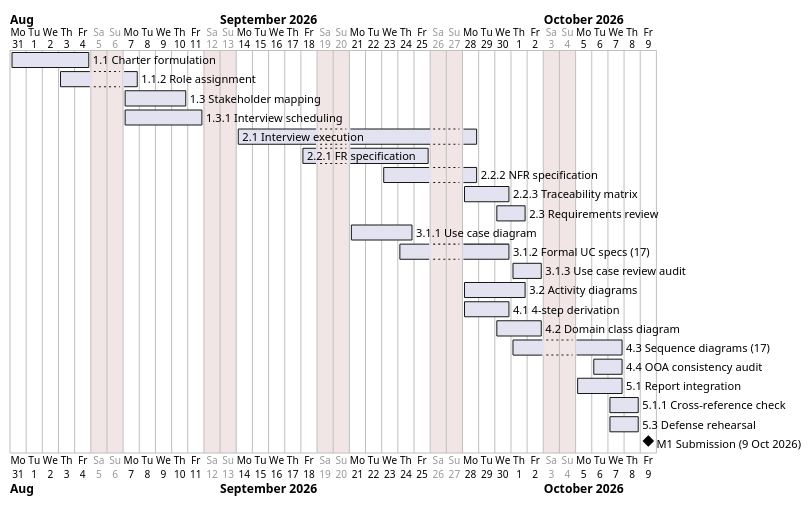
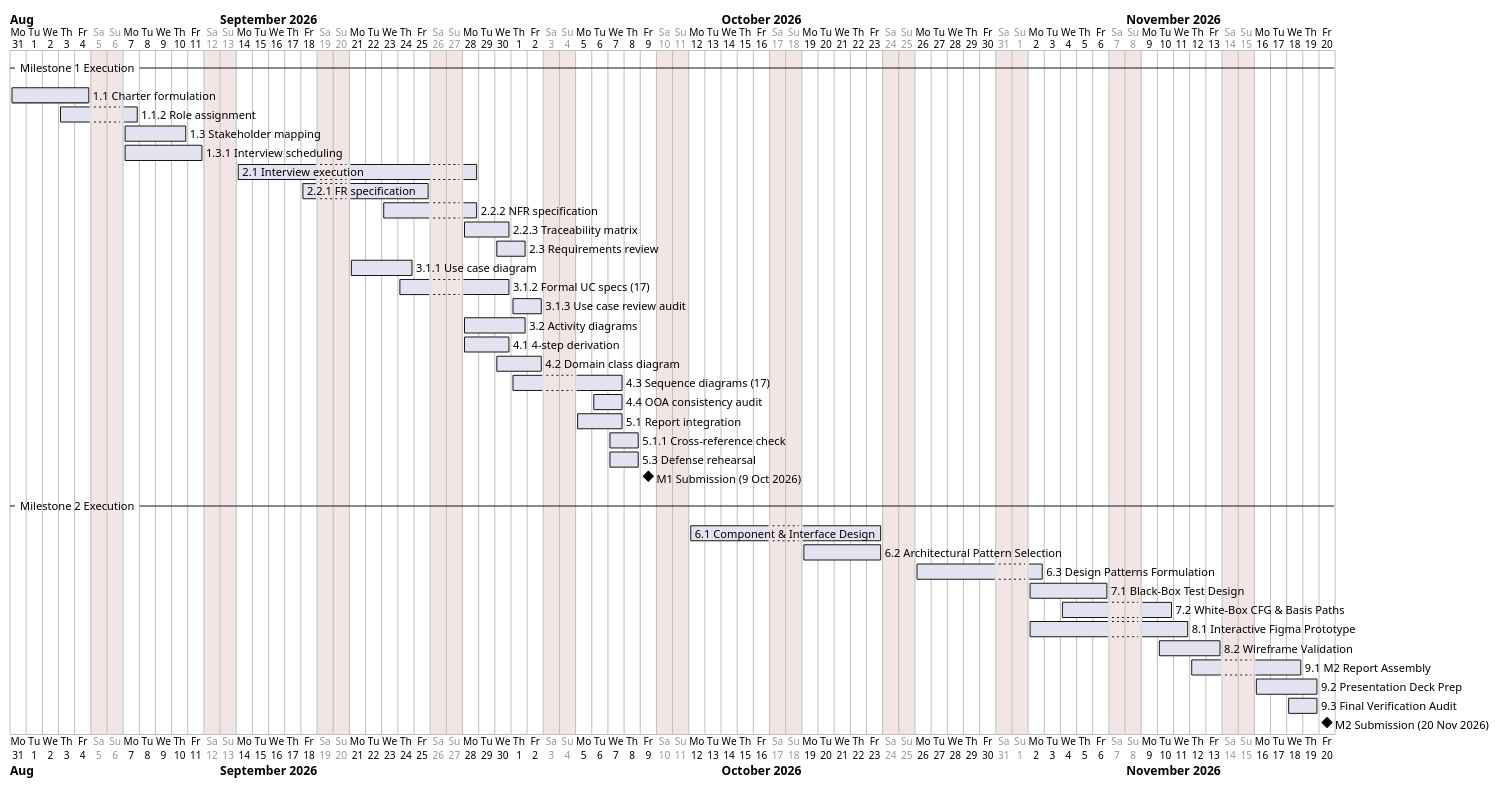
The diagram in report/assets/gantt.puml (adoreblvnk/2001temp), drawn with PlantUML before and after one commit. The commit also changed 11 other files, not shown here.

First line of the commit message:
feat(report): overhaul M1 requirements, diagrams, and traceability for A+ standard

```diff
--- a/report/assets/gantt.puml
+++ b/report/assets/gantt.puml
@@ -1,32 +1,50 @@
 @startgantt
 project starts 2026-08-31
 saturday are closed
 sunday are closed
 
+-- Milestone 1 Execution --
 [1.1 Charter formulation] starts 2026-08-31 and requires 5 days
 [1.1.2 Role assignment] starts 2026-09-03 and requires 3 days
 [1.3 Stakeholder mapping] starts 2026-09-07 and requires 4 days
 [1.3.1 Interview scheduling] starts 2026-09-07 and requires 5 days
 
 [2.1 Interview execution] starts 2026-09-14 and requires 11 days
 [2.2.1 FR specification] starts 2026-09-18 and requires 6 days
 [2.2.2 NFR specification] starts 2026-09-23 and requires 4 days
 [2.2.3 Traceability matrix] starts 2026-09-28 and requires 3 days
 [2.3 Requirements review] starts 2026-09-30 and requires 2 days
 
 [3.1.1 Use case diagram] starts 2026-09-21 and requires 4 days
 [3.1.2 Formal UC specs (17)] starts 2026-09-24 and requires 5 days
 [3.1.3 Use case review audit] starts 2026-10-01 and requires 2 days
 [3.2 Activity diagrams] starts 2026-09-28 and requires 4 days
 
 [4.1 4-step derivation] starts 2026-09-28 and requires 3 days
 [4.2 Domain class diagram] starts 2026-09-30 and requires 3 days
 [4.3 Sequence diagrams (17)] starts 2026-10-01 and requires 5 days
 [4.4 OOA consistency audit] starts 2026-10-06 and requires 2 days
 
 [5.1 Report integration] starts 2026-10-05 and requires 3 days
 [5.1.1 Cross-reference check] starts 2026-10-07 and requires 2 days
 [5.3 Defense rehearsal] starts 2026-10-07 and requires 2 days
 
 [M1 Submission (9 Oct 2026)] happens at 2026-10-09
+
+-- Milestone 2 Execution --
+[6.1 Component & Interface Design] starts 2026-10-12 and requires 10 days
+[6.2 Architectural Pattern Selection] starts 2026-10-19 and requires 5 days
+[6.3 Design Patterns Formulation] starts 2026-10-26 and requires 6 days
+
+[7.1 Black-Box Test Design] starts 2026-11-02 and requires 5 days
+[7.2 White-Box CFG & Basis Paths] starts 2026-11-04 and requires 5 days
+
+[8.1 Interactive Figma Prototype] starts 2026-11-02 and requires 8 days
+[8.2 Wireframe Validation] starts 2026-11-10 and requires 4 days
+
+[9.1 M2 Report Assembly] starts 2026-11-12 and requires 5 days
+[9.2 Presentation Deck Prep] starts 2026-11-16 and requires 4 days
+[9.3 Final Verification Audit] starts 2026-11-18 and requires 2 days
+
+[M2 Submission (20 Nov 2026)] happens at 2026-11-20
 @endgantt
```
